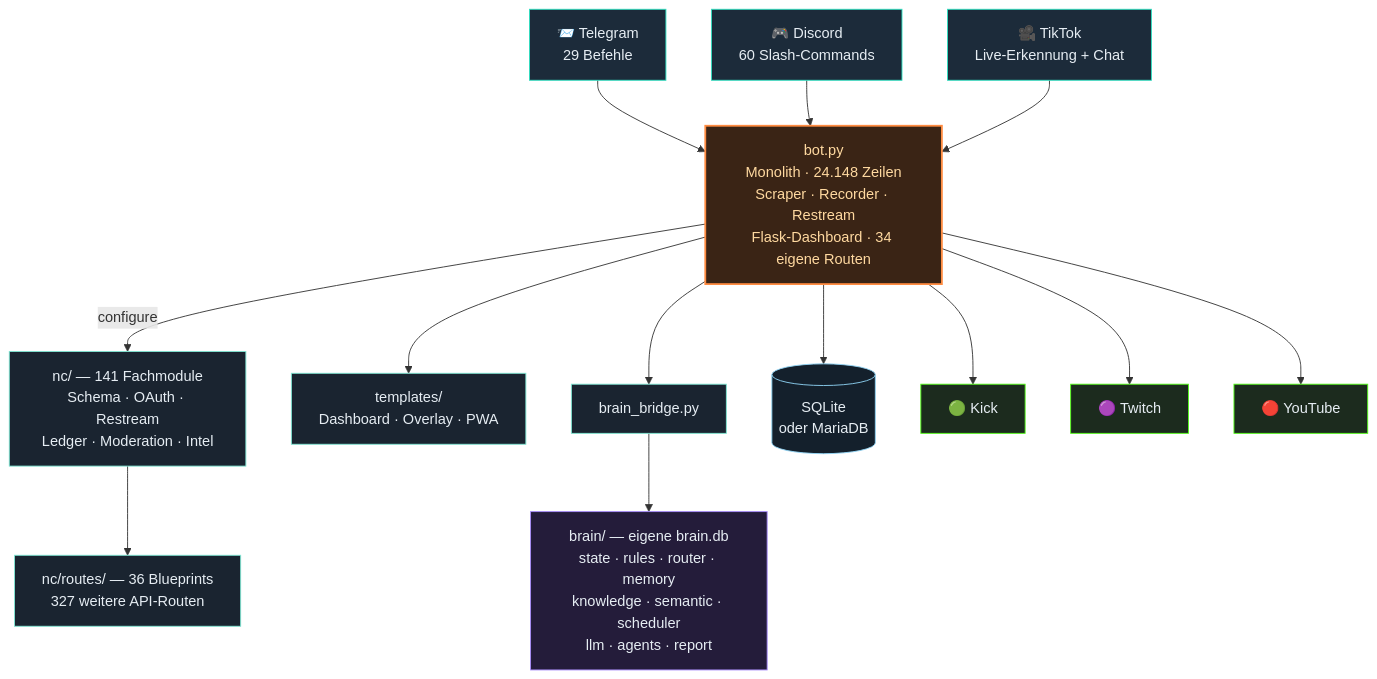
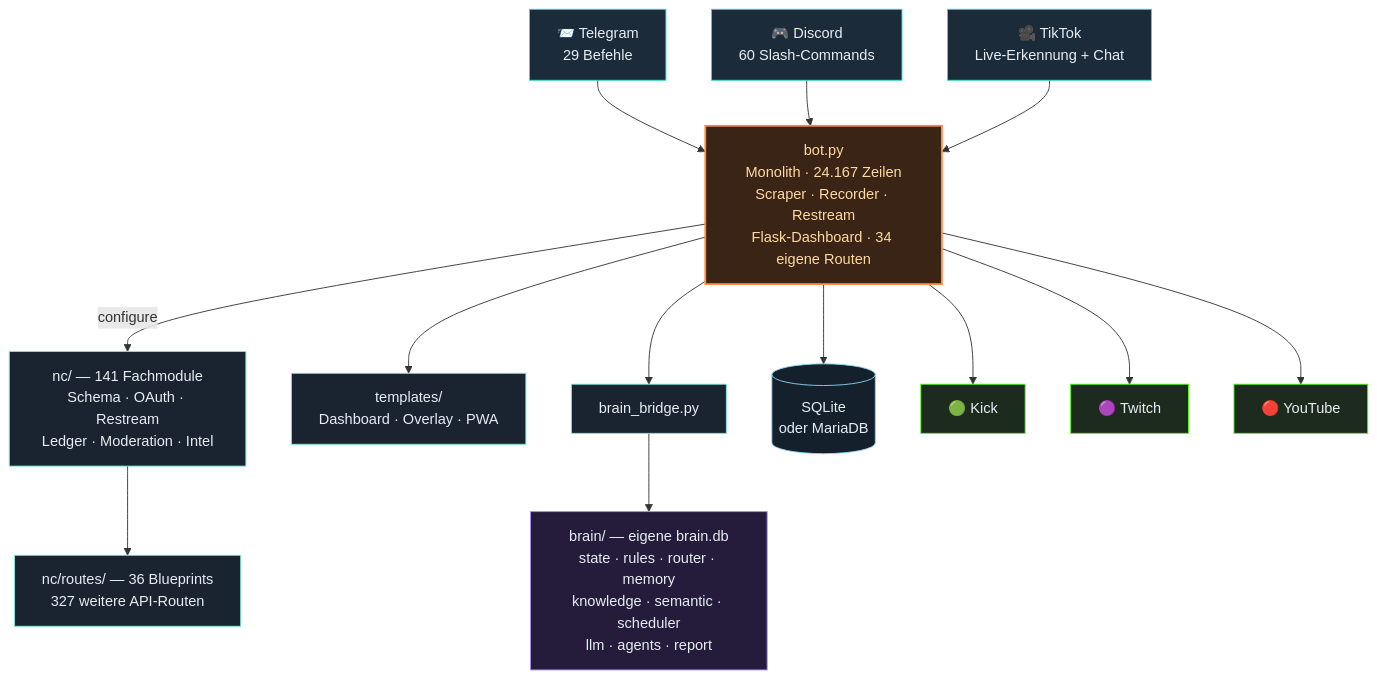
The third of 4 diagrams in README.md (itsamemedev/Telegram-Stream-Info-Bot), drawn with Mermaid before and after one commit. The commit also changed other lines of this file and 6 other files, not shown here.

````diff
--- a/README.md
+++ b/README.md
@@ -189,30 +189,30 @@
 ```mermaid
 flowchart TB
     TG["📨 Telegram<br/>29 Befehle"]:::ein
     DC["🎮 Discord<br/>60 Slash-Commands"]:::ein
     TT["🎥 TikTok<br/>Live-Erkennung + Chat"]:::ein
 
     TG --> BOT
     DC --> BOT
     TT --> BOT
 
-    BOT["bot.py<br/>Monolith · 24.148 Zeilen<br/>Scraper · Recorder · Restream<br/>Flask-Dashboard · 34 eigene Routen"]:::core
+    BOT["bot.py<br/>Monolith · 24.167 Zeilen<br/>Scraper · Recorder · Restream<br/>Flask-Dashboard · 34 eigene Routen"]:::core
 
     BOT -->|configure| NC["nc/ — 141 Fachmodule<br/>Schema · OAuth · Restream<br/>Ledger · Moderation · Intel"]:::lib
     NC --> RT["nc/routes/ — 36 Blueprints<br/>327 weitere API-Routen"]:::lib
     BOT --> TPL["templates/<br/>Dashboard · Overlay · PWA"]:::lib
     BOT --> BR["brain_bridge.py"]:::lib
     BR --> BRAIN["brain/ — eigene brain.db<br/>state · rules · router · memory<br/>knowledge · semantic · scheduler<br/>llm · agents · report"]:::brain
     BOT --> DB[("SQLite<br/>oder MariaDB")]:::db
 
     BOT --> KICK["🟢 Kick"]:::out
     BOT --> TW["🟣 Twitch"]:::out
     BOT --> YT["🔴 YouTube"]:::out
 
     classDef ein fill:#1c2b3a,stroke:#2de1c2,color:#e6edf3
     classDef core fill:#3a2415,stroke:#ff8c42,stroke-width:2px,color:#ffd9a0
     classDef lib fill:#1a2430,stroke:#7fe7d4,color:#e6edf3
     classDef brain fill:#241c3a,stroke:#a78bfa,color:#e6edf3
     classDef db fill:#14202c,stroke:#8fd3f4,color:#e6edf3
     classDef out fill:#1c2b1e,stroke:#53fc18,color:#e6edf3
 ```
````
